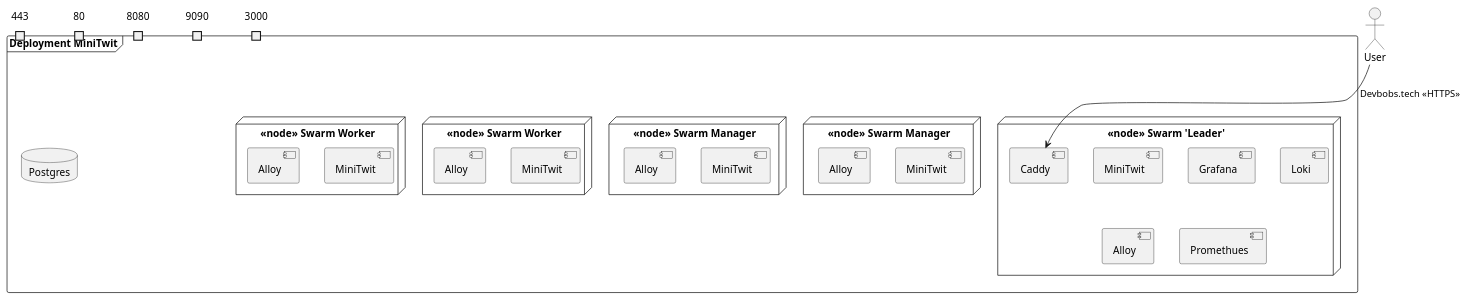
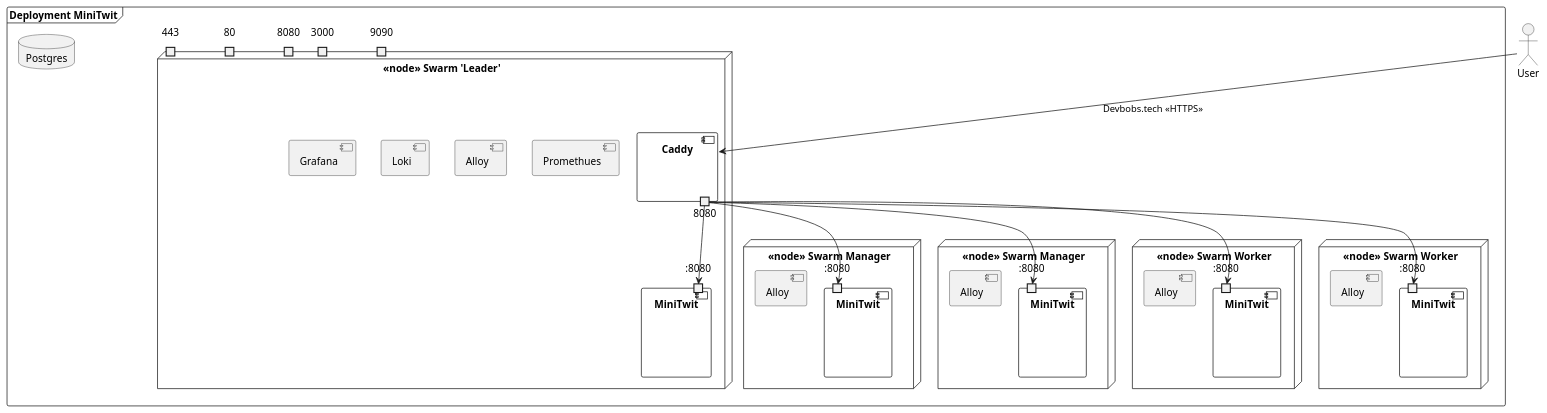
One commit to DevBobs-devops/Devbobs_MiniTwit changed the diagram in report/images/deployment_diagram.puml. Above: the diagram before and after it, drawn with PlantUML.

Commit message:
report: adding ports (in progress)
- Its ugly rn

```diff
--- a/report/images/deployment_diagram.puml
+++ b/report/images/deployment_diagram.puml
@@ -1,51 +1,78 @@
 @startuml 
 
 actor User
 
 
 
 frame "Deployment MiniTwit" {
-    port 443
-    port 80
-    port 8080
-    port 9090
-    port 3000
 
     node "<<node>> Swarm 'Leader'" {
-    component MiniTwit as minitwit_leader
-    component Caddy
-    component Grafana
-    component Loki
-    component Alloy as alloy_leader
-    component Promethues
+        port 443
+        port 80
+        port 8080 as 8in
+        port 9090
+        port 3000
+
+        component MiniTwit as minitwit_leader{
+            portin ":8080" as min_1
+        }
+        component Caddy {
+            portout "8080" as cad_out
+        }
+        together{
+            component Grafana
+            component Loki
+            component Alloy as alloy_leader
+            component Promethues
+        }
+        
     }
 
     node "<<node>> Swarm Manager" as manager1 {
-    component MiniTwit as minitwit_manager1
-    component Alloy as alloy_manager1
-    }
+        component MiniTwit as minitwit_manager1{
+            portin ":8080" as min_2
+        }
 
-    node "<<node>> Swarm Manager" as manager2 {
-    component MiniTwit as minitwit_manager2
-    component Alloy as alloy_manager2
+        component Alloy as alloy_manager1
+        }
+
+        node "<<node>> Swarm Manager" as manager2 {
+        component MiniTwit as minitwit_manager2{
+            portin ":8080" as min_3
+        }
+
+        component Alloy as alloy_manager2
     }
 
     node "<<node>> Swarm Worker" as worker1 {
-    component MiniTwit as minitwit_worker1
-    component Alloy as alloy_worker1
-    }
+        component MiniTwit as minitwit_worker1{
+            portin ":8080" as min_4
+        }
 
-    node "<<node>> Swarm Worker" as worker2 {
-    component MiniTwit as minitwit_worker2
-    component Alloy as alloy_worker2
+        component Alloy as alloy_worker1
+        }
+
+        node "<<node>> Swarm Worker" as worker2 {
+        component MiniTwit as minitwit_worker2{
+            portin ":8080" as min_5
+        }
+
+        component Alloy as alloy_worker2
     }
 
     database Postgres {
 
     }
 }
 
 'We need to dobble checj how Caddy intercepts the request'
 User --> Caddy : Devbobs.tech <<HTTPS>> 
 
+
+cad_out --> min_1
+cad_out --> min_2
+cad_out --> min_3
+cad_out --> min_4
+cad_out --> min_5
+
 @enduml
```
